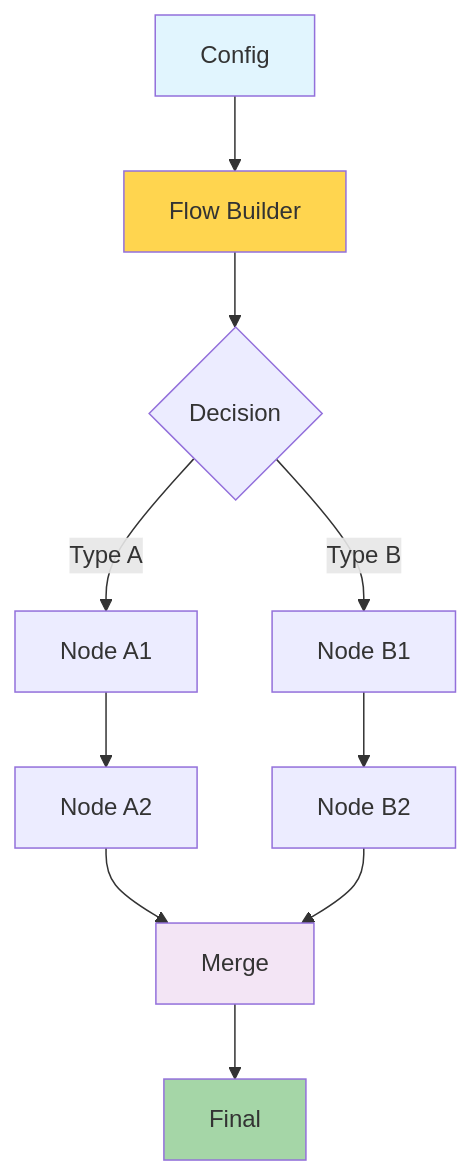
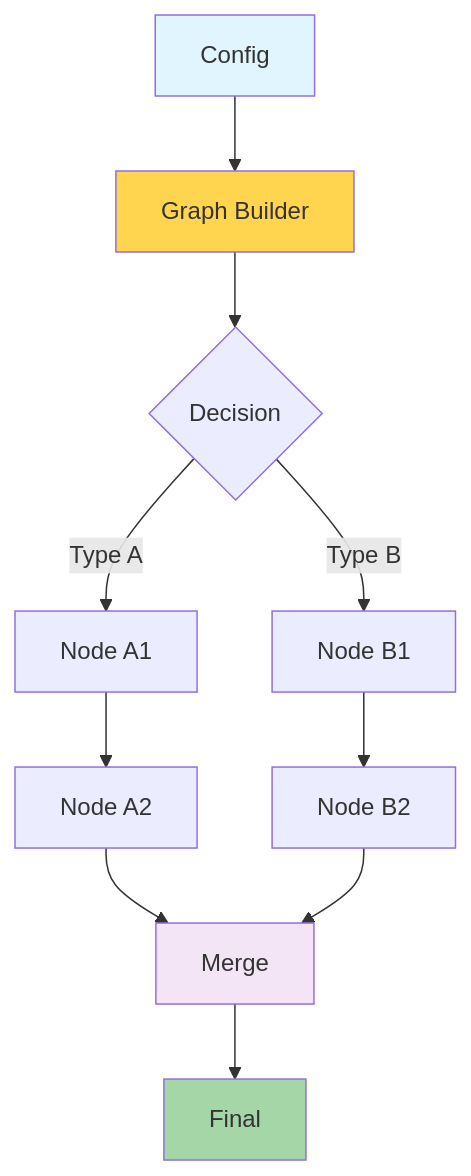
One commit to agentstation/pocket changed the tenth of 10 diagrams in README.md. Above: the diagram before and after it, drawn with Mermaid. The commit also changed other lines of this file and 36 other files, not shown here.

First line of the commit message:
refactor: rename Flow to Graph throughout codebase

````diff
--- a/README.md
+++ b/README.md
@@ -902,17 +902,17 @@
 ```mermaid
 graph TD
-    C[Config] --> FB[Flow Builder]
+    C[Config] --> FB[Graph Builder]
     FB --> D1{Decision}
     D1 -->|Type A| A1[Node A1]
     D1 -->|Type B| B1[Node B1]
     A1 --> A2[Node A2]
     B1 --> B2[Node B2]
     A2 --> M[Merge]
     B2 --> M
     M --> F[Final]
     
     style C fill:#e1f5fe
     style FB fill:#ffd54f
     style M fill:#f3e5f5
     style F fill:#a5d6a7
 ```
````
